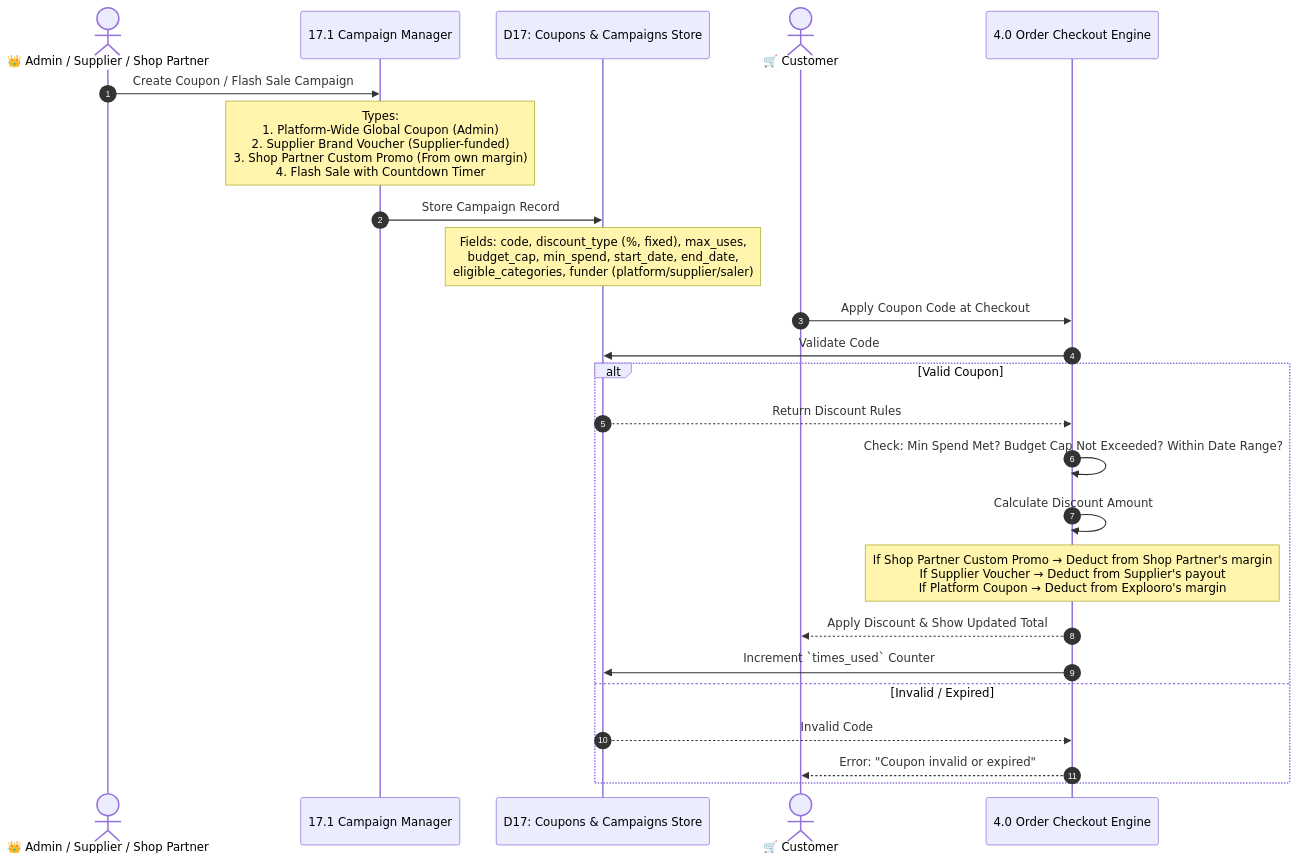
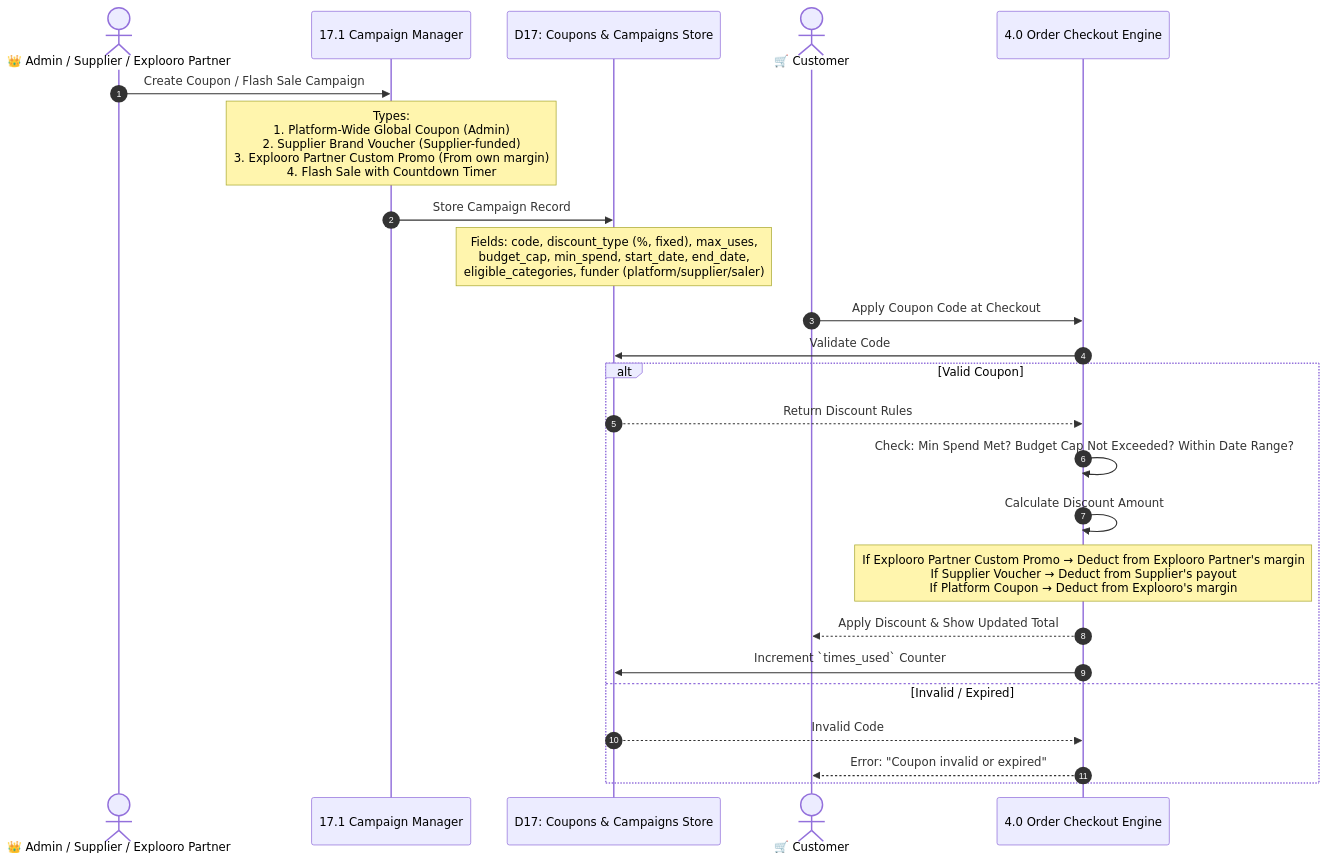
Diagram 15 of 18 in docs/DFD.md (ashrafulta2/Explooro), drawn with Mermaid before and after one commit. The commit also changed other lines of this file and 431 other files, not shown here.

````diff
--- a/docs/DFD.md
+++ b/docs/DFD.md
@@ -599,30 +599,30 @@
 ```mermaid
 sequenceDiagram
     autonumber
-    actor Admin as 👑 Admin / Supplier / Shop Partner
+    actor Admin as 👑 Admin / Supplier / Explooro Partner
     participant CampaignEngine as 17.1 Campaign Manager
     participant DB as D17: Coupons & Campaigns Store
     actor Customer as 🛒 Customer
     participant Checkout as 4.0 Order Checkout Engine
 
     Admin->>CampaignEngine: Create Coupon / Flash Sale Campaign
-    Note over CampaignEngine: Types:<br/>1. Platform-Wide Global Coupon (Admin)<br/>2. Supplier Brand Voucher (Supplier-funded)<br/>3. Shop Partner Custom Promo (From own margin)<br/>4. Flash Sale with Countdown Timer
+    Note over CampaignEngine: Types:<br/>1. Platform-Wide Global Coupon (Admin)<br/>2. Supplier Brand Voucher (Supplier-funded)<br/>3. Explooro Partner Custom Promo (From own margin)<br/>4. Flash Sale with Countdown Timer
 
     CampaignEngine->>DB: Store Campaign Record
     Note over DB: Fields: code, discount_type (%, fixed), max_uses,<br/>budget_cap, min_spend, start_date, end_date,<br/>eligible_categories, funder (platform/supplier/saler)
 
     Customer->>Checkout: Apply Coupon Code at Checkout
     Checkout->>DB: Validate Code
     
     alt Valid Coupon
         DB-->>Checkout: Return Discount Rules
         Checkout->>Checkout: Check: Min Spend Met? Budget Cap Not Exceeded? Within Date Range?
         Checkout->>Checkout: Calculate Discount Amount
-        Note over Checkout: If Shop Partner Custom Promo → Deduct from Shop Partner's margin<br/>If Supplier Voucher → Deduct from Supplier's payout<br/>If Platform Coupon → Deduct from Explooro's margin
+        Note over Checkout: If Explooro Partner Custom Promo → Deduct from Explooro Partner's margin<br/>If Supplier Voucher → Deduct from Supplier's payout<br/>If Platform Coupon → Deduct from Explooro's margin
         Checkout-->>Customer: Apply Discount & Show Updated Total
         Checkout->>DB: Increment `times_used` Counter
     else Invalid / Expired
         DB-->>Checkout: Invalid Code
         Checkout-->>Customer: Error: "Coupon invalid or expired"
     end
 ```
````
